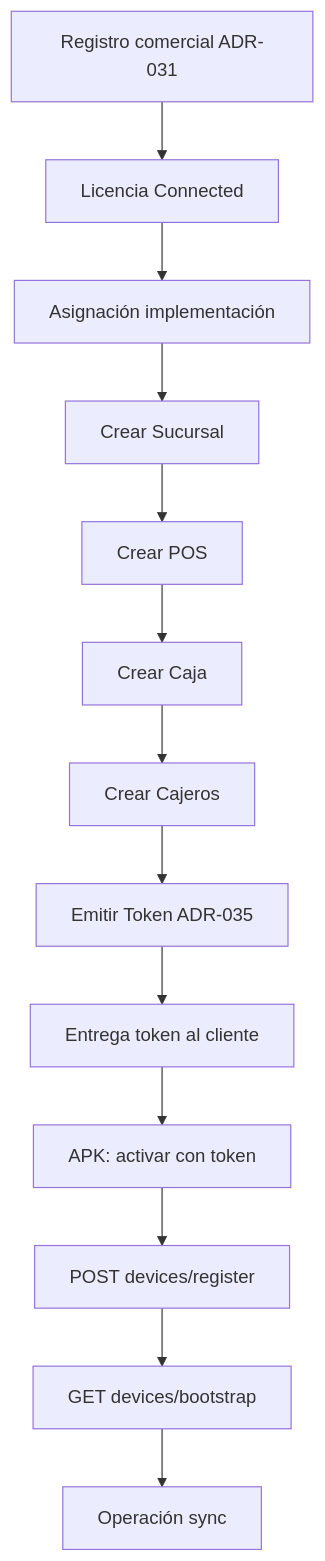
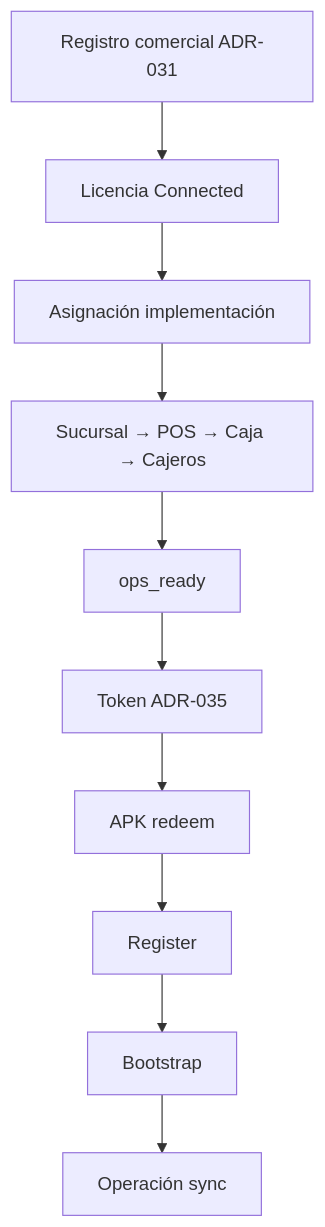
One commit to shidalgo0925/Easy-NodeOne changed the diagram in docs/ADR-034-CONNECTED-PROVISIONING-FLOW.md. Above: the diagram before and after it, drawn with Mermaid. The commit also changed other lines of this file and 6 other files, not shown here.

````diff
--- a/docs/ADR-034-CONNECTED-PROVISIONING-FLOW.md
+++ b/docs/ADR-034-CONNECTED-PROVISIONING-FLOW.md
@@ -46,15 +45,12 @@
 ```mermaid
 flowchart TD
   A[Registro comercial ADR-031] --> B[Licencia Connected]
   B --> C[Asignación implementación]
-  C --> D[Crear Sucursal]
-  D --> E[Crear POS]
-  E --> F[Crear Caja]
-  F --> G[Crear Cajeros]
-  G --> H[Emitir Token ADR-035]
-  H --> I[Entrega token al cliente]
-  I --> J[APK: activar con token]
-  J --> K[POST devices/register]
-  K --> L[GET devices/bootstrap]
-  L --> M[Operación sync]
+  C --> D[Sucursal → POS → Caja → Cajeros]
+  D --> E[ops_ready]
+  E --> F[Token ADR-035]
+  F --> G[APK redeem]
+  G --> H[Register]
+  H --> I[Bootstrap]
+  I --> J[Operación sync]
 ```
````
